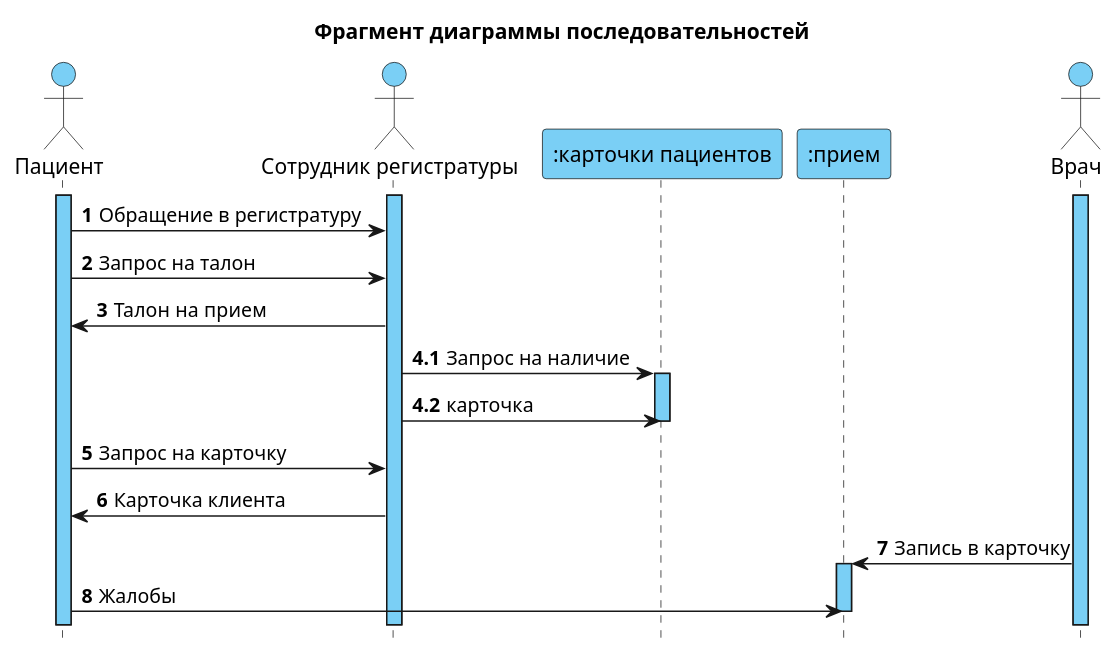
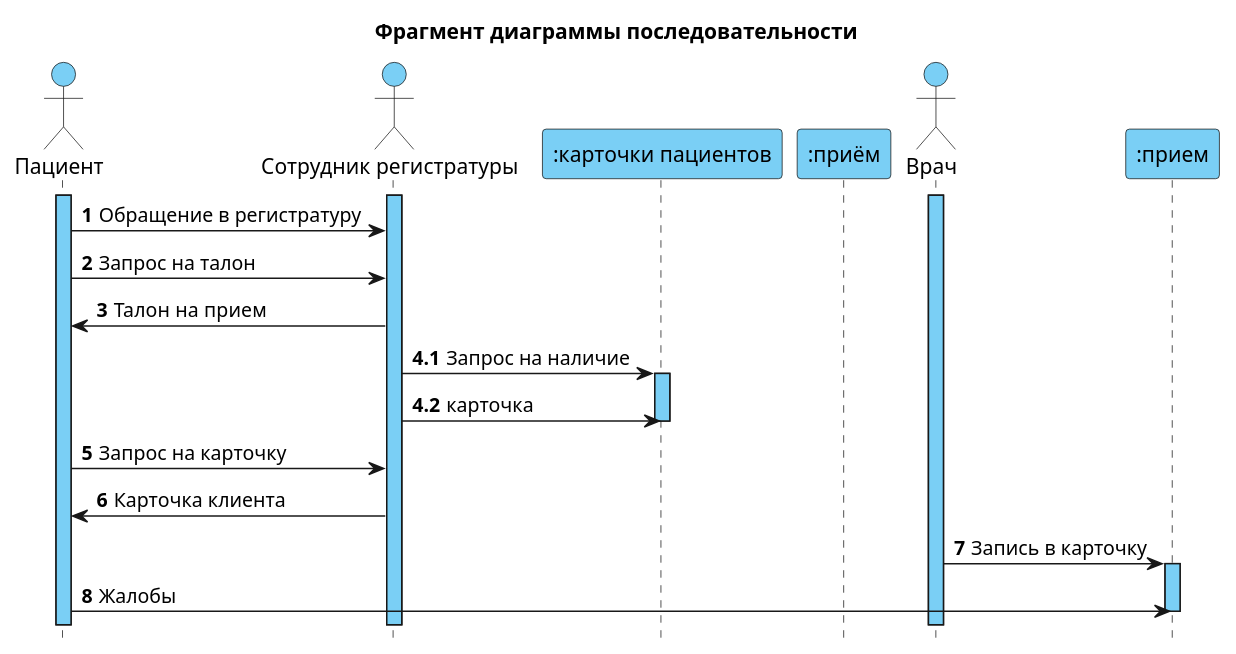
Before and after one commit to MoKlay/doc-material: the diagram in Практикум/sequence.pu, drawn with PlantUML. The commit also changed 14 other files, not shown here.

Commit message:
диаграмма коммуникации

```diff
--- a/Практикум/sequence.pu
+++ b/Практикум/sequence.pu
@@ -1,38 +1,38 @@
 @startuml sequence
-title Фрагмент диаграммы последовательностей
+title Фрагмент диаграммы последовательности
 hide footbox
 skinparam actor {
     BackgroundColor #7acff5
 }
 skinparam participant {
     BackgroundColor #7acff5
 }
 
 actor Пациент
 actor "Сотрудник регистратуры"
 participant ":карточки пациентов"
-participant ":прием"
+participant ":приём"
 actor Врач
 activate Пациент #7acff5
 activate "Сотрудник регистратуры" #7acff5
 activate Врач #7acff5
 autonumber 1
 Пациент -> "Сотрудник регистратуры": Обращение в регистратуру
 Пациент -> "Сотрудник регистратуры": Запрос на талон
 Пациент <- "Сотрудник регистратуры": Талон на прием
 autonumber 4.1
 "Сотрудник регистратуры" -> ":карточки пациентов": Запрос на наличие
 activate ":карточки пациентов" #7acff5
 "Сотрудник регистратуры" -> ":карточки пациентов": карточка
 deactivate ":карточки пациентов"
 autonumber 5
 Пациент -> "Сотрудник регистратуры": Запрос на карточку 
 Пациент <- "Сотрудник регистратуры": Карточка клиента
 ":прием" <- Врач: Запись в карточку
 activate ":прием" #7acff5
 Пациент -> ":прием": Жалобы
 deactivate ":прием"
 
 
 
 @enduml
```
